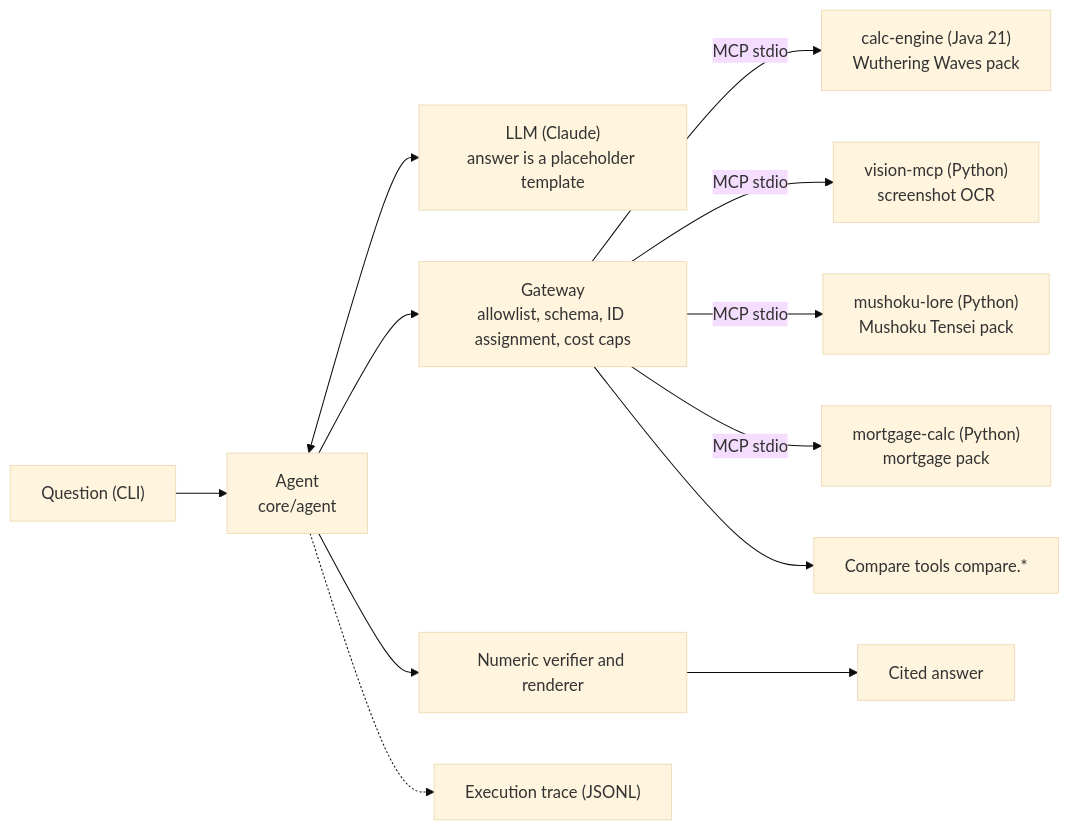
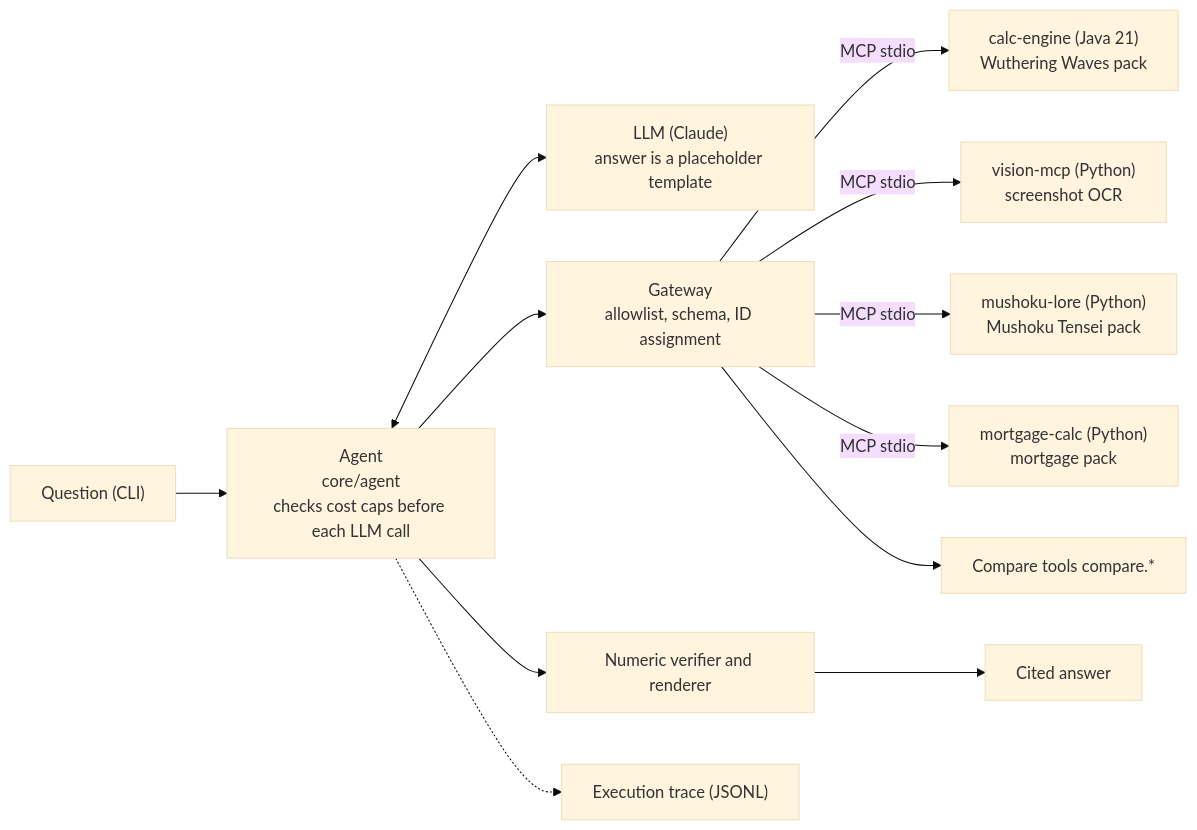
One commit to hexinlong9981/echolab changed the diagram in README.en.md. Above: the diagram before and after it, drawn with Mermaid (base theme). The commit also changed other lines of this file and 2 other files, not shown here.

Commit message:
docs: README のコストの上限を、ゲートウェイではなく Agent が LLM を呼ぶ前に確かめるものとして書き直す（日本語・英語・中国語）

````diff
--- a/README.en.md
+++ b/README.en.md
@@ -44,14 +44,14 @@
 ```mermaid
 flowchart LR
-  Q["Question (CLI)"] --> A["Agent<br/>core/agent"]
+  Q["Question (CLI)"] --> A["Agent<br/>core/agent<br/>checks cost caps before each LLM call"]
   A <--> L["LLM (Claude)<br/>answer is a placeholder template"]
-  A --> G["Gateway<br/>allowlist, schema, ID assignment, cost caps"]
+  A --> G["Gateway<br/>allowlist, schema, ID assignment"]
   G -->|MCP stdio| J["calc-engine (Java 21)<br/>Wuthering Waves pack"]
   G -->|MCP stdio| O["vision-mcp (Python)<br/>screenshot OCR"]
   G -->|MCP stdio| N["mushoku-lore (Python)<br/>Mushoku Tensei pack"]
   G -->|MCP stdio| M["mortgage-calc (Python)<br/>mortgage pack"]
   G --> K["Compare tools compare.*"]
   A --> V["Numeric verifier and renderer"]
   V --> R["Cited answer"]
   A -.-> T["Execution trace (JSONL)"]
 ```
````
